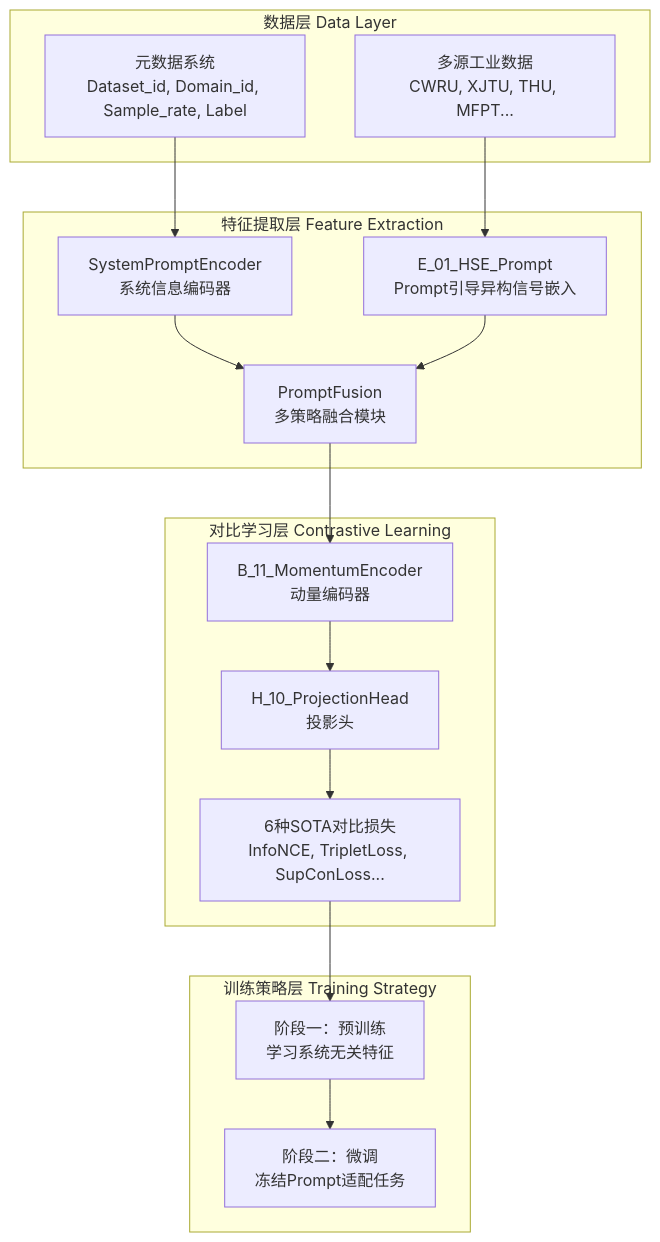
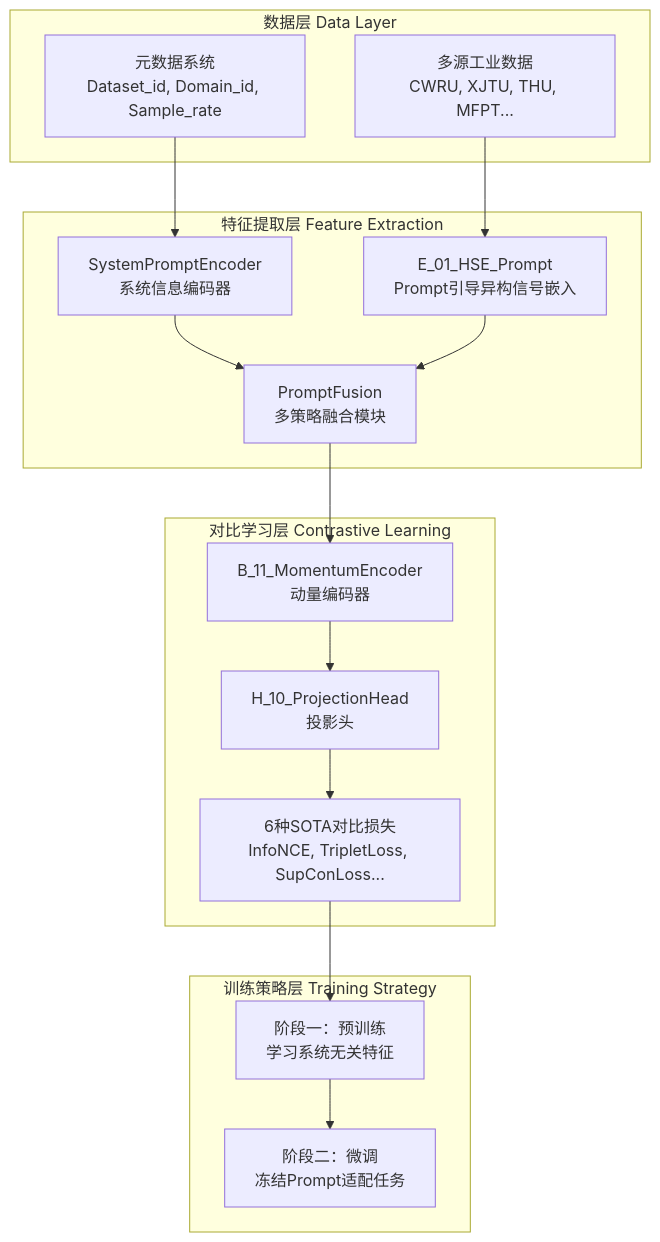
The first of 7 diagrams in .claude/specs/hse-industrial-contrastive-learning/design.md (PHMbench/PHM-Vibench), drawn with Mermaid before and after one commit. The commit also changed other lines of this file and 18 other files, not shown here.

````diff
--- a/.claude/specs/hse-industrial-contrastive-learning/design.md
+++ b/.claude/specs/hse-industrial-contrastive-learning/design.md
@@ -11,34 +11,34 @@
 ```mermaid
 graph TB
     subgraph "数据层 Data Layer"
         D1[多源工业数据<br/>CWRU, XJTU, THU, MFPT...]
-        D2[元数据系统<br/>Dataset_id, Domain_id, Sample_rate, Label]
+        D2[元数据系统<br/>Dataset_id, Domain_id, Sample_rate]
     end
     
     subgraph "特征提取层 Feature Extraction"
         E1[E_01_HSE_Prompt<br/>Prompt引导异构信号嵌入]
         E2[SystemPromptEncoder<br/>系统信息编码器]
         E3[PromptFusion<br/>多策略融合模块]
     end
     
     subgraph "对比学习层 Contrastive Learning"
         C1[6种SOTA对比损失<br/>InfoNCE, TripletLoss, SupConLoss...]
         C2[B_11_MomentumEncoder<br/>动量编码器]
         C3[H_10_ProjectionHead<br/>投影头]
     end
     
     subgraph "训练策略层 Training Strategy"
         T1[阶段一：预训练<br/>学习系统无关特征]
         T2[阶段二：微调<br/>冻结Prompt适配任务]
     end
     
     D1 --> E1
     D2 --> E2
     E2 --> E3
     E1 --> E3
     E3 --> C2
     C2 --> C3
     C3 --> C1
     C1 --> T1
     T1 --> T2
 ```
````
